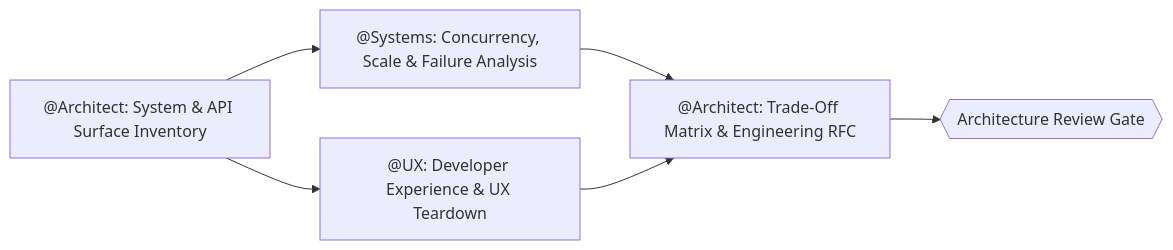
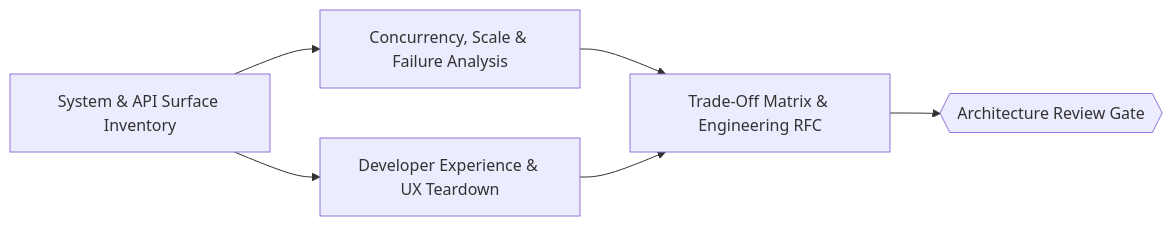
One commit to Daijunfan/Aexus-Code changed the first of 2 diagrams in examples/blueprints/arch-teardown.md. Above: the diagram before and after it, drawn with Mermaid. The commit also changed other lines of this file and 184 other files, not shown here.

````diff
--- a/examples/blueprints/arch-teardown.md
+++ b/examples/blueprints/arch-teardown.md
@@ -5,8 +7,12 @@
 ```mermaid
 flowchart LR
-  R1["@Architect: System & API Surface Inventory"] --> R2["@Systems: Concurrency, Scale & Failure Analysis"]
-  R1 --> R3["@UX: Developer Experience & UX Teardown"]
-  R2 --> R4["@Architect: Trade-Off Matrix & Engineering RFC"]
+  R1["System & API Surface Inventory"] --> R2["Concurrency, Scale & Failure Analysis"]
+  R1 --> R3["Developer Experience & UX Teardown"]
+  R2 --> R4["Trade-Off Matrix & Engineering RFC"]
   R3 --> R4
   R4 --> U1{{"Architecture Review Gate"}}
+  %% task R1 [owner=Architect, min_tier=1, dept=Executive]
+  %% task R2 [owner=Systems, min_tier=2, dept=Systems]
+  %% task R3 [owner=UX, min_tier=2, dept=Experience]
+  %% task R4 [owner=Architect, min_tier=1, dept=Executive]
 ```
````
